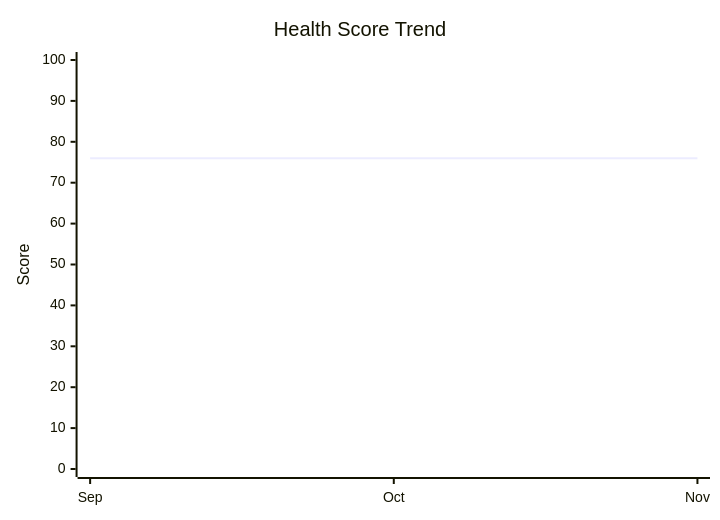
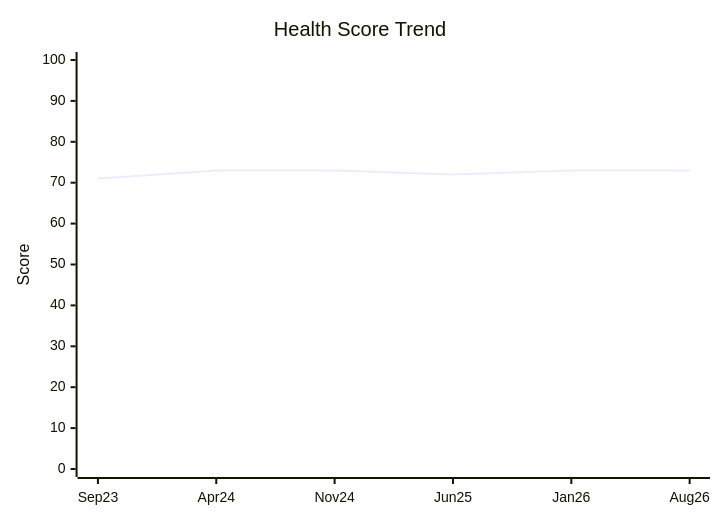
One commit to panbanda/omen changed the second of 3 diagrams in examples/repos/burntSushi-ripgrep.md. Above: the diagram before and after it, drawn with Mermaid. The commit also changed other lines of this file and 5 other files, not shown here.

````diff
--- a/examples/repos/burntSushi-ripgrep.md
+++ b/examples/repos/burntSushi-ripgrep.md
@@ -267,7 +339,7 @@
 ```mermaid
 xychart-beta
     title "Health Score Trend"
-    x-axis ["Sep", "Oct", "Nov"]
+    x-axis ["Sep23", "Apr24", "Nov24", "Jun25", "Jan26", "Aug26"]
     y-axis "Score" 0 --> 100
-    line [76, 76, 76]
+    line [71, 73, 73, 72, 73, 73]
 ```
````
